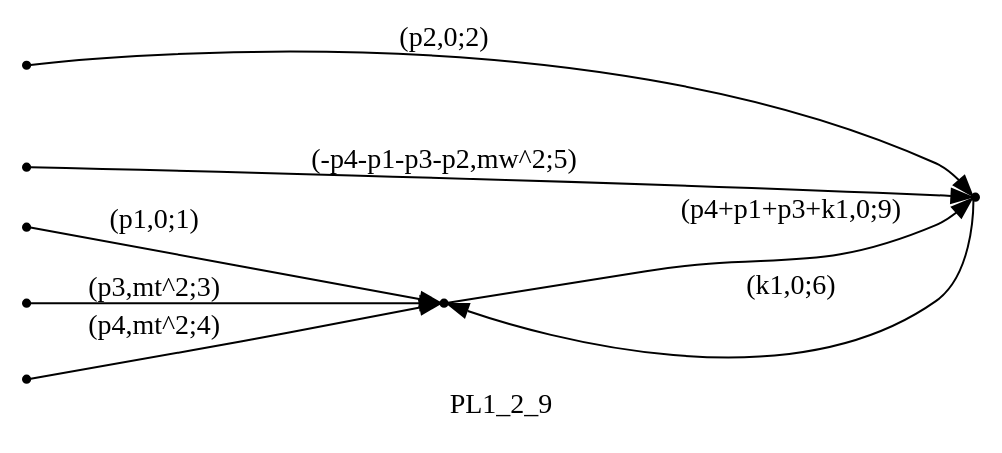
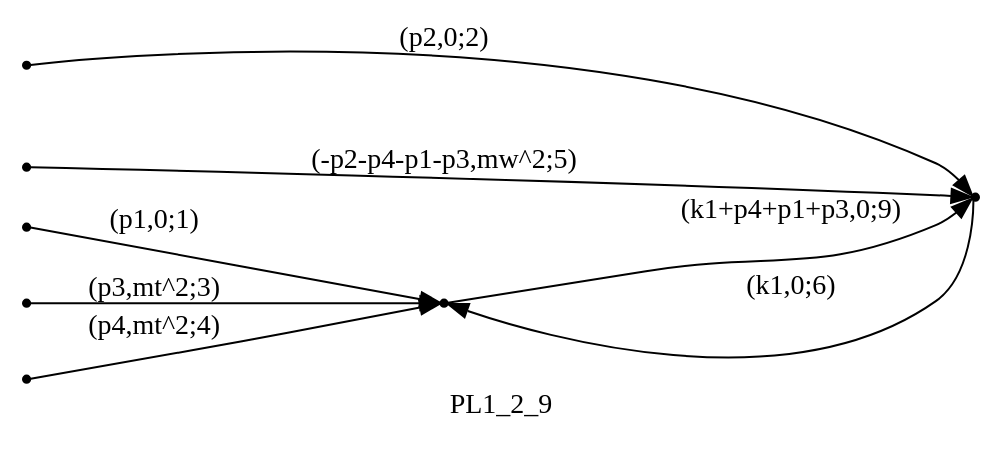
Before and after one commit to UsHnBaGp/Wtt: the diagram in 1loopAmplitude/Reduze/graphs/PL1/shift_targets/PL1_2_09.dot, drawn with Graphviz. The commit also changed 112 other files, not shown here.

```diff
--- a/1loopAmplitude/Reduze/graphs/PL1/shift_targets/PL1_2_09.dot
+++ b/1loopAmplitude/Reduze/graphs/PL1/shift_targets/PL1_2_09.dot
@@ -1,21 +1,21 @@
 digraph PL1_2_9 {
   label="PL1_2_9";
   rankdir="LR";
   subgraph edges {
     -1 -> 3 [label="(p1,0;1)"];
     -2 -> 1 [label="(p2,0;2)"];
     -3 -> 3 [label="(p3,mt^2;3)"];
     -4 -> 3 [label="(p4,mt^2;4)"];
-    -5 -> 1 [label="(-p4-p1-p3-p2,mw^2;5)"];
+    -5 -> 1 [label="(-p2-p4-p1-p3,mw^2;5)"];
     1 -> 3 [label="(k1,0;6)"];
-    3 -> 1 [label="(p4+p1+p3+k1,0;9)"];
+    3 -> 1 [label="(k1+p4+p1+p3,0;9)"];
   }
   subgraph incoming { rank="source"; -1; -2; -3; -4; -5; }
 -5 [shape=point];
 -4 [shape=point];
 -3 [shape=point];
 -2 [shape=point];
 -1 [shape=point];
 1 [shape=point];
 3 [shape=point];
 }
```
